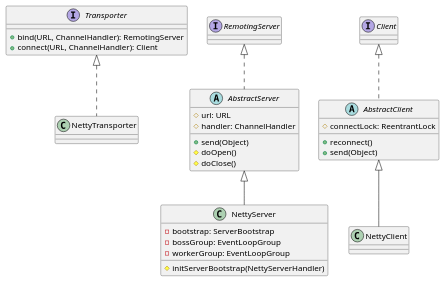
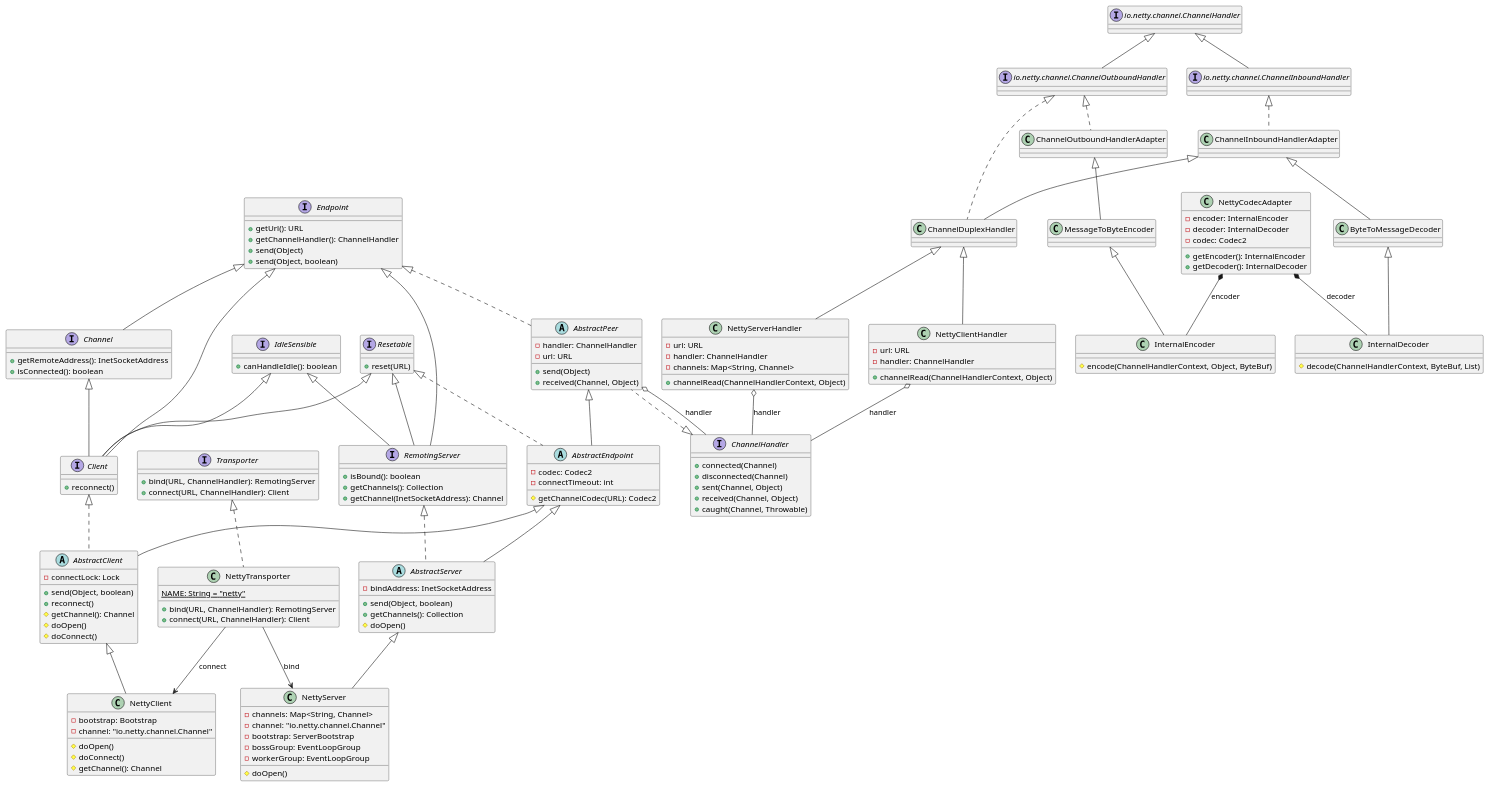
Before and after one commit to kevinwang930/kevinwang930.github.io: diagram 11 of 17 in content/post/network/dubbo/index.md, drawn with PlantUML. The commit also changed other lines of this file, not shown here.

````diff
--- a/content/post/network/dubbo/index.md
+++ b/content/post/network/dubbo/index.md
@@ -2525,34 +2578,128 @@
 ```plantuml
 @startuml
 top to bottom direction
+
+interface Endpoint {
+  + getUrl(): URL
+  + getChannelHandler(): ChannelHandler
+  + send(Object)
+  + send(Object, boolean)
+}
+interface ChannelHandler {
+  + connected(Channel)
+  + disconnected(Channel)
+  + sent(Channel, Object)
+  + received(Channel, Object)
+  + caught(Channel, Throwable)
+}
+interface Channel extends Endpoint {
+  + getRemoteAddress(): InetSocketAddress
+  + isConnected(): boolean
+}
+interface Resetable {
+  + reset(URL)
+}
+interface IdleSensible {
+  + canHandleIdle(): boolean
+}
+interface RemotingServer extends Endpoint, Resetable, IdleSensible {
+  + isBound(): boolean
+  + getChannels(): Collection
+  + getChannel(InetSocketAddress): Channel
+}
+interface Client extends Endpoint, Channel, Resetable, IdleSensible {
+  + reconnect()
+}
+abstract class AbstractPeer implements Endpoint, ChannelHandler {
+  - handler: ChannelHandler
+  - url: URL
+  + send(Object)
+  + received(Channel, Object)
+}
+abstract class AbstractEndpoint extends AbstractPeer implements Resetable {
+  - codec: Codec2
+  - connectTimeout: int
+  # getChannelCodec(URL): Codec2
+}
+abstract class AbstractServer extends AbstractEndpoint implements RemotingServer {
+  - bindAddress: InetSocketAddress
+  + send(Object, boolean)
+  + getChannels(): Collection
+  # doOpen()
+}
+abstract class AbstractClient extends AbstractEndpoint implements Client {
+  - connectLock: Lock
+  + send(Object, boolean)
+  + reconnect()
+  # getChannel(): Channel
+  # doOpen()
+  # doConnect()
+}
 
 interface Transporter {
   + bind(URL, ChannelHandler): RemotingServer
   + connect(URL, ChannelHandler): Client
 }
-class NettyTransporter implements Transporter
-
-interface RemotingServer
-abstract class AbstractServer implements RemotingServer {
-  # url: URL
-  # handler: ChannelHandler
-  + send(Object)
-  # doOpen()
-  # doClose()
+class NettyTransporter implements Transporter {
+  {static} NAME: String = "netty"
+  + bind(URL, ChannelHandler): RemotingServer
+  + connect(URL, ChannelHandler): Client
 }
 class NettyServer extends AbstractServer {
+  - channels: Map<String, Channel>
+  - channel: "io.netty.channel.Channel"
   - bootstrap: ServerBootstrap
   - bossGroup: EventLoopGroup
   - workerGroup: EventLoopGroup
-  # initServerBootstrap(NettyServerHandler)
+  # doOpen()
+}
+class NettyClient extends AbstractClient {
+  - bootstrap: Bootstrap
+  - channel: "io.netty.channel.Channel"
+  # doOpen()
+  # doConnect()
+  # getChannel(): Channel
+}
+interface "io.netty.channel.ChannelHandler" as NettyChannelHandler
+interface "io.netty.channel.ChannelInboundHandler" as InboundHandler extends NettyChannelHandler
+interface "io.netty.channel.ChannelOutboundHandler" as OutboundHandler extends NettyChannelHandler
+class ChannelInboundHandlerAdapter implements InboundHandler
+class ChannelOutboundHandlerAdapter implements OutboundHandler
+class ByteToMessageDecoder extends ChannelInboundHandlerAdapter
+class MessageToByteEncoder extends ChannelOutboundHandlerAdapter
+class ChannelDuplexHandler extends ChannelInboundHandlerAdapter implements OutboundHandler
+
+class NettyCodecAdapter {
+  - encoder: InternalEncoder
+  - decoder: InternalDecoder
+  - codec: Codec2
+  + getEncoder(): InternalEncoder
+  + getDecoder(): InternalDecoder
+}
+class InternalEncoder extends MessageToByteEncoder {
+  # encode(ChannelHandlerContext, Object, ByteBuf)
+}
+class InternalDecoder extends ByteToMessageDecoder {
+  # decode(ChannelHandlerContext, ByteBuf, List)
+}
+class NettyServerHandler extends ChannelDuplexHandler {
+  - url: URL
+  - handler: ChannelHandler
+  - channels: Map<String, Channel>
+  + channelRead(ChannelHandlerContext, Object)
+}
+class NettyClientHandler extends ChannelDuplexHandler {
+  - url: URL
+  - handler: ChannelHandler
+  + channelRead(ChannelHandlerContext, Object)
 }
 
-interface Client
-abstract class AbstractClient implements Client {
-  # connectLock: ReentrantLock
-  + reconnect()
-  + send(Object)
-}
-class NettyClient extends AbstractClient
+NettyTransporter --> NettyServer : bind
+NettyTransporter --> NettyClient : connect
+NettyCodecAdapter *-- InternalEncoder : encoder
+NettyCodecAdapter *-- InternalDecoder : decoder
+AbstractPeer o-- ChannelHandler : handler
+NettyServerHandler o-- ChannelHandler : handler
+NettyClientHandler o-- ChannelHandler : handler
 @enduml
 ```
````
